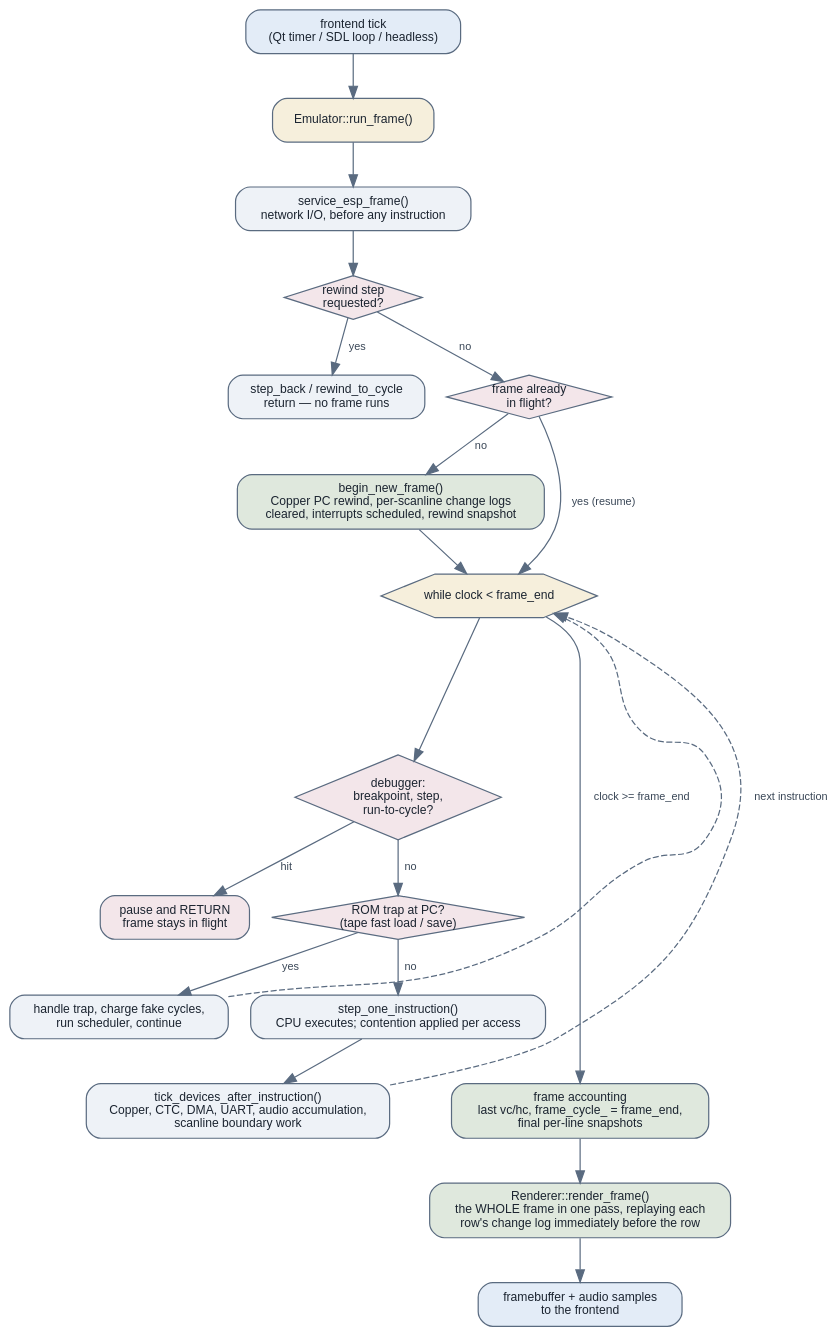
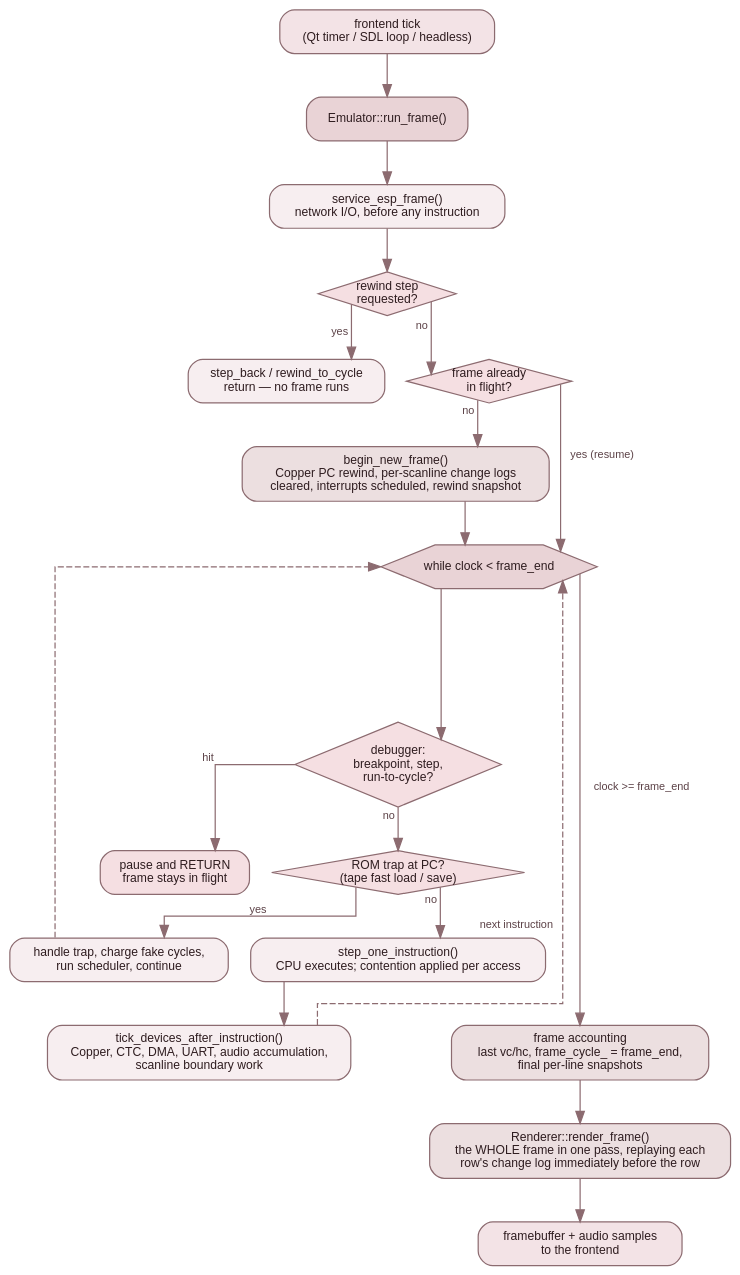
The diagram in src/doc/developer-guide/diagrams/frame-execution.dot (jorgegv/jnext), drawn with Graphviz before and after one commit. The commit also changed 94 other files, not shown here.

First line of the commit message:
doc(devguide): owner review — motivation, gentler prose, red theme, orthogonal figures

```diff
--- a/src/doc/developer-guide/diagrams/frame-execution.dot
+++ b/src/doc/developer-guide/diagrams/frame-execution.dot
@@ -1,84 +1,86 @@
 // One frame, from the frontend's tick to the framebuffer — the control flow of
 // Emulator::run_frame() (src/core/emulator.cpp).
 //
 // Rendered by `make docs-devguide-diagrams` into ../img/frame-execution.svg,
 // which is COMMITTED. Edit this file, never the SVG.
 //
 // The two facts this figure exists to make obvious:
 //   * a PAUSED frame is RESUMED, not restarted — begin_new_frame() runs only
 //     when no frame is in flight, because its per-frame work (rewinding the
 //     Copper PC, clearing the per-scanline change logs) would corrupt a frame
 //     that is still half-executed;
 //   * every debugger exit is an EARLY RETURN out of the middle of the loop,
 //     leaving the frame in flight for the next call.
 //
-// Palette note: light fills, dark labels, transparent canvas, so the figure
-// reads on both the light and the dark theme of the rendered guide.
+// Palette note: the page theme's pastel dark red family (see css/theme.css).
+// Light fills, dark labels, transparent canvas, so the figure reads on both
+// the light and the dark theme.
 digraph frame_execution {
     bgcolor="transparent";
     rankdir=TB;
+    splines=ortho;
     fontname="Helvetica";
     node [shape=box, style="filled,rounded", fontname="Helvetica", fontsize=10,
-          fillcolor="#eef2f7", color="#5a6b80", fontcolor="#1b2430", margin="0.16,0.08"];
-    edge [color="#5a6b80", fontname="Helvetica", fontsize=9, fontcolor="#3a4757"];
+          fillcolor="#f7eef0", color="#8c6b70", fontcolor="#2e1c1f", margin="0.16,0.08"];
+    edge [color="#8c6b70", fontname="Helvetica", fontsize=9, fontcolor="#5c4247"];
 
-    tick [label="frontend tick\n(Qt timer / SDL loop / headless)", fillcolor="#e3ecf7"];
-    call [label="Emulator::run_frame()", fillcolor="#f6efdc"];
+    tick [label="frontend tick\n(Qt timer / SDL loop / headless)", fillcolor="#f3e3e6"];
+    call [label="Emulator::run_frame()", fillcolor="#e9d3d6"];
 
     esp  [label="service_esp_frame()\nnetwork I/O, before any instruction"];
 
-    rew  [shape=diamond, style="filled", fillcolor="#f3e6ea",
+    rew  [shape=diamond, style="filled", fillcolor="#f5dfe2",
           label="rewind step\nrequested?", margin="0.02,0.02"];
     rewd [label="step_back / rewind_to_cycle\nreturn — no frame runs"];
 
-    inpr [shape=diamond, style="filled", fillcolor="#f3e6ea",
+    inpr [shape=diamond, style="filled", fillcolor="#f5dfe2",
           label="frame already\nin flight?", margin="0.02,0.02"];
     begin [label="begin_new_frame()\nCopper PC rewind, per-scanline change logs\ncleared, interrupts scheduled, rewind snapshot",
-           fillcolor="#dfe8dd"];
+           fillcolor="#ecdfe0"];
 
     loop [label="while clock < frame_end", shape=hexagon, style="filled",
-          fillcolor="#f6efdc", margin="0.1,0.04"];
+          fillcolor="#e9d3d6", margin="0.1,0.04"];
 
-    brk  [shape=diamond, style="filled", fillcolor="#f3e6ea",
+    brk  [shape=diamond, style="filled", fillcolor="#f5dfe2",
           label="debugger:\nbreakpoint, step,\nrun-to-cycle?", margin="0.02,0.02"];
-    pause [label="pause and RETURN\nframe stays in flight", fillcolor="#f3e6ea"];
+    pause [label="pause and RETURN\nframe stays in flight", fillcolor="#f5dfe2"];
 
-    trap [shape=diamond, style="filled", fillcolor="#f3e6ea",
+    trap [shape=diamond, style="filled", fillcolor="#f5dfe2",
           label="ROM trap at PC?\n(tape fast load / save)", margin="0.02,0.02"];
     trapd [label="handle trap, charge fake cycles,\nrun scheduler, continue"];
 
     step [label="step_one_instruction()\nCPU executes; contention applied per access"];
     devs [label="tick_devices_after_instruction()\nCopper, CTC, DMA, UART, audio accumulation,\nscanline boundary work"];
 
-    endf [label="frame accounting\nlast vc/hc, frame_cycle_ = frame_end,\nfinal per-line snapshots", fillcolor="#dfe8dd"];
+    endf [label="frame accounting\nlast vc/hc, frame_cycle_ = frame_end,\nfinal per-line snapshots", fillcolor="#ecdfe0"];
     // The frame is composited HERE, not scanline by scanline as it is
     // executed. on_scanline() renders nothing — it only tags the per-scanline
     // change logs. That is why those logs exist at all.
     comp [label="Renderer::render_frame()\nthe WHOLE frame in one pass, replaying each\nrow's change log immediately before the row",
-          fillcolor="#dfe8dd"];
-    fb   [label="framebuffer + audio samples\nto the frontend", fillcolor="#e3ecf7"];
+          fillcolor="#ecdfe0"];
+    fb   [label="framebuffer + audio samples\nto the frontend", fillcolor="#f3e3e6"];
 
     tick -> call;
     call -> esp -> rew;
-    rew -> rewd  [label="  yes"];
-    rew -> inpr  [label="  no"];
-    inpr -> begin [label="  no"];
-    inpr -> loop  [label="  yes (resume)"];
+    rew -> rewd  [xlabel="  yes"];
+    rew -> inpr  [xlabel="  no"];
+    inpr -> begin [xlabel="  no"];
+    inpr -> loop  [xlabel="  yes (resume)"];
     begin -> loop;
 
     loop -> brk;
-    brk  -> trap  [label="  no"];
-    brk  -> pause [label="  hit"];
-    trap -> step  [label="  no"];
-    trap -> trapd [label="  yes"];
+    brk  -> trap  [xlabel="  no"];
+    brk  -> pause [xlabel="  hit"];
+    trap -> step  [xlabel="  no"];
+    trap -> trapd [xlabel="  yes"];
     step -> devs;
     trapd -> devs [style=invis];
-    devs -> loop  [style=dashed, label="  next instruction", constraint=false];
+    devs -> loop  [style=dashed, xlabel="  next instruction", constraint=false];
     trapd -> loop [style=dashed, constraint=false];
-    loop -> endf  [label="  clock >= frame_end", minlen=6];
+    loop -> endf  [xlabel="  clock >= frame_end", minlen=6];
     endf -> comp -> fb;
 
     // Keep the two loop exits out of the loop body's ranks.
     {rank=same; pause; trap;}
     {rank=same; endf; devs;}
 }
```
